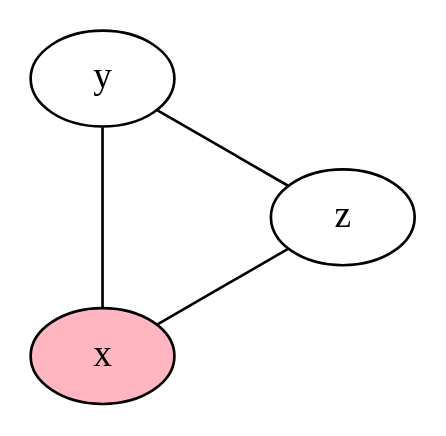
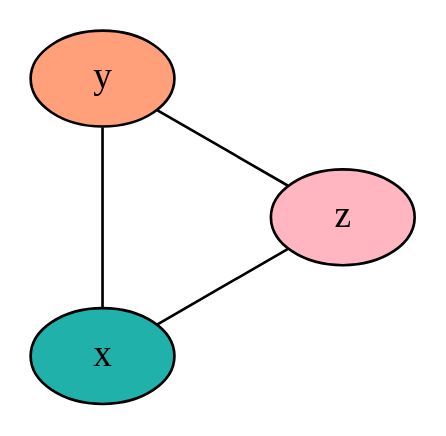
Before and after one commit to tangerine715/ICS46_project5: the diagram in tst/graphs/simple_success.dot, drawn with Graphviz. The commit also changed 5 other files, not shown here.

```diff
--- a/tst/graphs/simple_success.dot
+++ b/tst/graphs/simple_success.dot
@@ -1,9 +1,9 @@
 graph {
 graph [layout=circo]
-x [style="filled", fillcolor=lightpink]
-y [style="filled", fillcolor=white]
-z [style="filled", fillcolor=white]
+x [style="filled", fillcolor=lightseagreen]
+y [style="filled", fillcolor=lightsalmon]
+z [style="filled", fillcolor=lightpink]
 x -- z
 x -- y
 y -- z
 }
```
